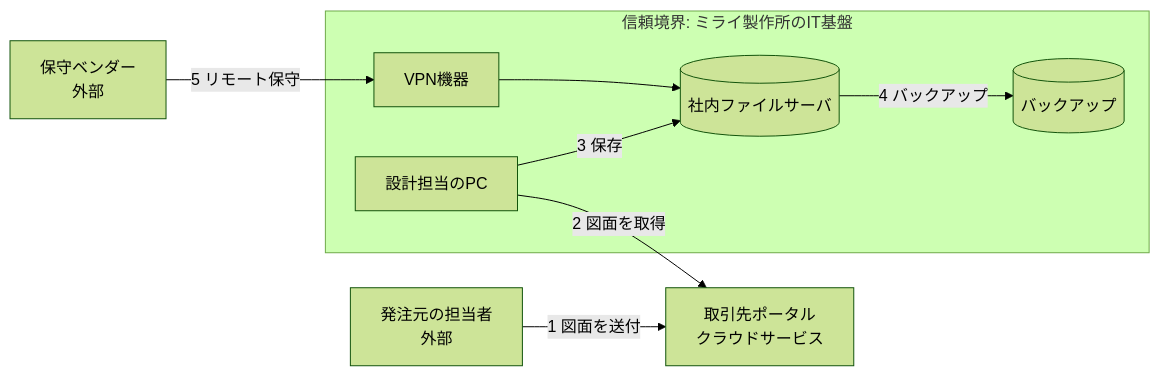
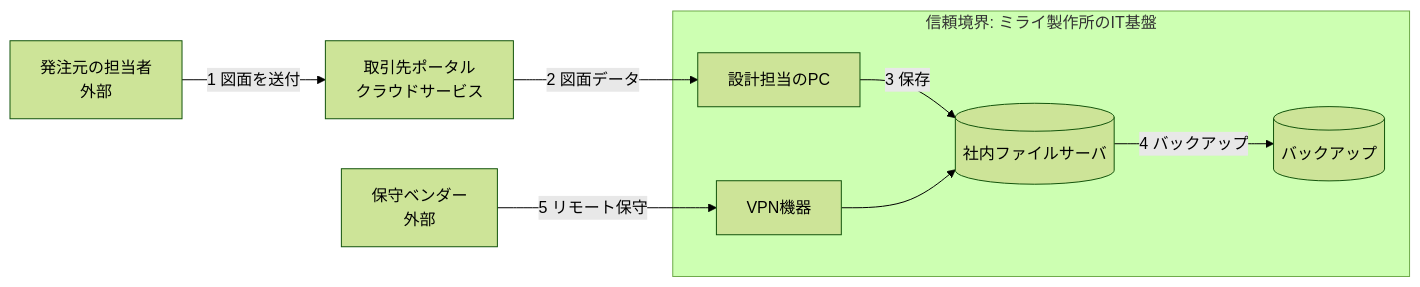
Diagram 12 of 14 in Scs-evaluation-threat-analysis-guide.md (myoshi2891/Security_Studies), drawn with Mermaid (forest theme) before and after one commit. The commit also changed other lines of this file and 1 other file, not shown here.

Commit message:
docs(scs): align portal diagram data flow direction and clarify log collection action

````diff
--- a/Scs-evaluation-threat-analysis-guide.md
+++ b/Scs-evaluation-threat-analysis-guide.md
@@ -671,11 +671,11 @@
 ```mermaid
 flowchart LR
     ORD["発注元の担当者<br/>外部"] -->|"1 図面を送付"| PORTAL["取引先ポータル<br/>クラウドサービス"]
     subgraph MIRAI["信頼境界: ミライ製作所のIT基盤"]
         ENG["設計担当のPC"] -->|"3 保存"| FS[("社内ファイルサーバ")]
         FS -->|"4 バックアップ"| BK[("バックアップ")]
         VPN["VPN機器"] --> FS
     end
-    ENG -->|"2 図面を取得"| PORTAL
+    PORTAL -->|"2 図面データ"| ENG
     VENDOR["保守ベンダー<br/>外部"] -->|"5 リモート保守"| VPN
 ```
````
